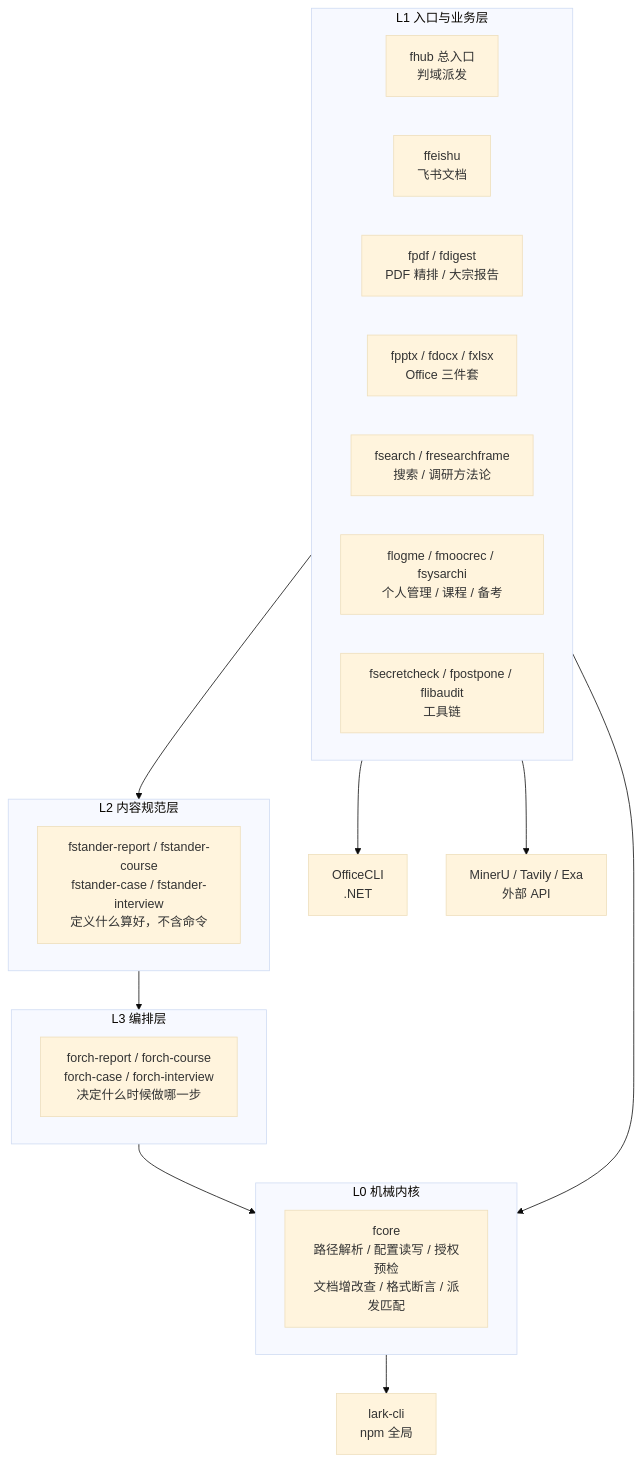
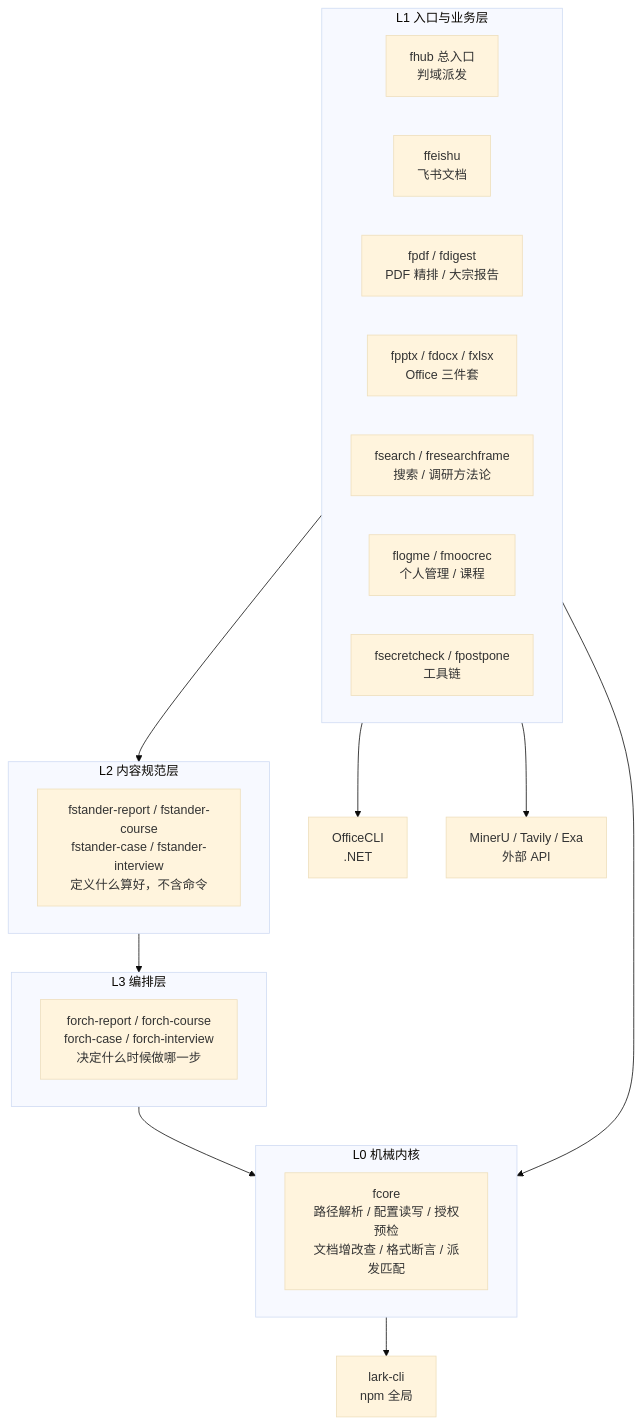
Before and after one commit to mengfanchun2017/skill: the first of 3 diagrams in README.md, drawn with Mermaid (base theme). The commit also changed other lines of this file and 3 other files, not shown here.

````diff
--- a/README.md
+++ b/README.md
@@ -42,37 +42,37 @@
 ```mermaid
 flowchart TB
     subgraph L1["L1 入口与业务层"]
         direction LR
         fhub["fhub 总入口<br/>判域派发"]
         feishu["ffeishu<br/>飞书文档"]
         pdf["fpdf / fdigest<br/>PDF 精排 / 大宗报告"]
         office["fpptx / fdocx / fxlsx<br/>Office 三件套"]
         research["fsearch / fresearchframe<br/>搜索 / 调研方法论"]
-        personal["flogme / fmoocrec / fsysarchi<br/>个人管理 / 课程 / 备考"]
-        tool["fsecretcheck / fpostpone / flibaudit<br/>工具链"]
+        personal["flogme / fmoocrec<br/>个人管理 / 课程"]
+        tool["fsecretcheck / fpostpone<br/>工具链"]
     end
 
     subgraph L2["L2 内容规范层"]
         fstander["fstander-report / fstander-course<br/>fstander-case / fstander-interview<br/>定义什么算好，不含命令"]
     end
 
     subgraph L3["L3 编排层"]
         forch["forch-report / forch-course<br/>forch-case / forch-interview<br/>决定什么时候做哪一步"]
     end
 
     subgraph L0["L0 机械内核"]
         fcore["fcore<br/>路径解析 / 配置读写 / 授权预检<br/>文档增改查 / 格式断言 / 派发匹配"]
     end
 
     L1 --> L2
     L2 --> L3
     L3 --> L0
     L1 --> L0
 
     ext1["lark-cli<br/>npm 全局"]
     ext2["OfficeCLI<br/>.NET"]
     ext3["MinerU / Tavily / Exa<br/>外部 API"]
     L0 --> ext1
     L1 --> ext2
     L1 --> ext3
 ```
````
